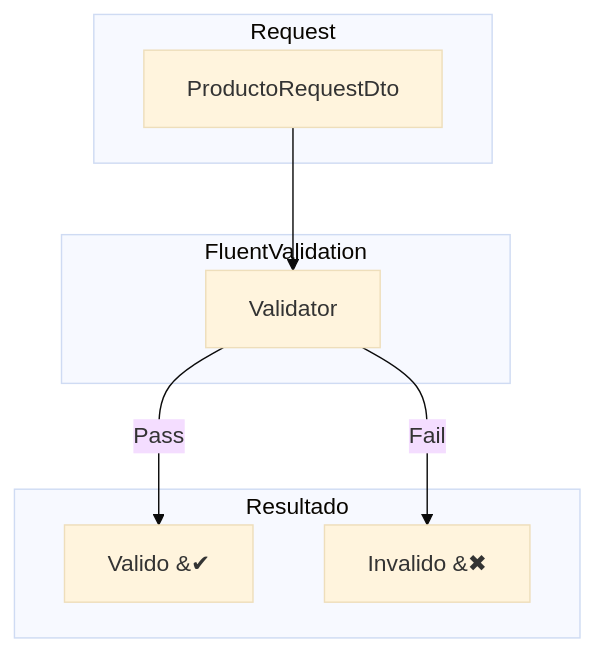
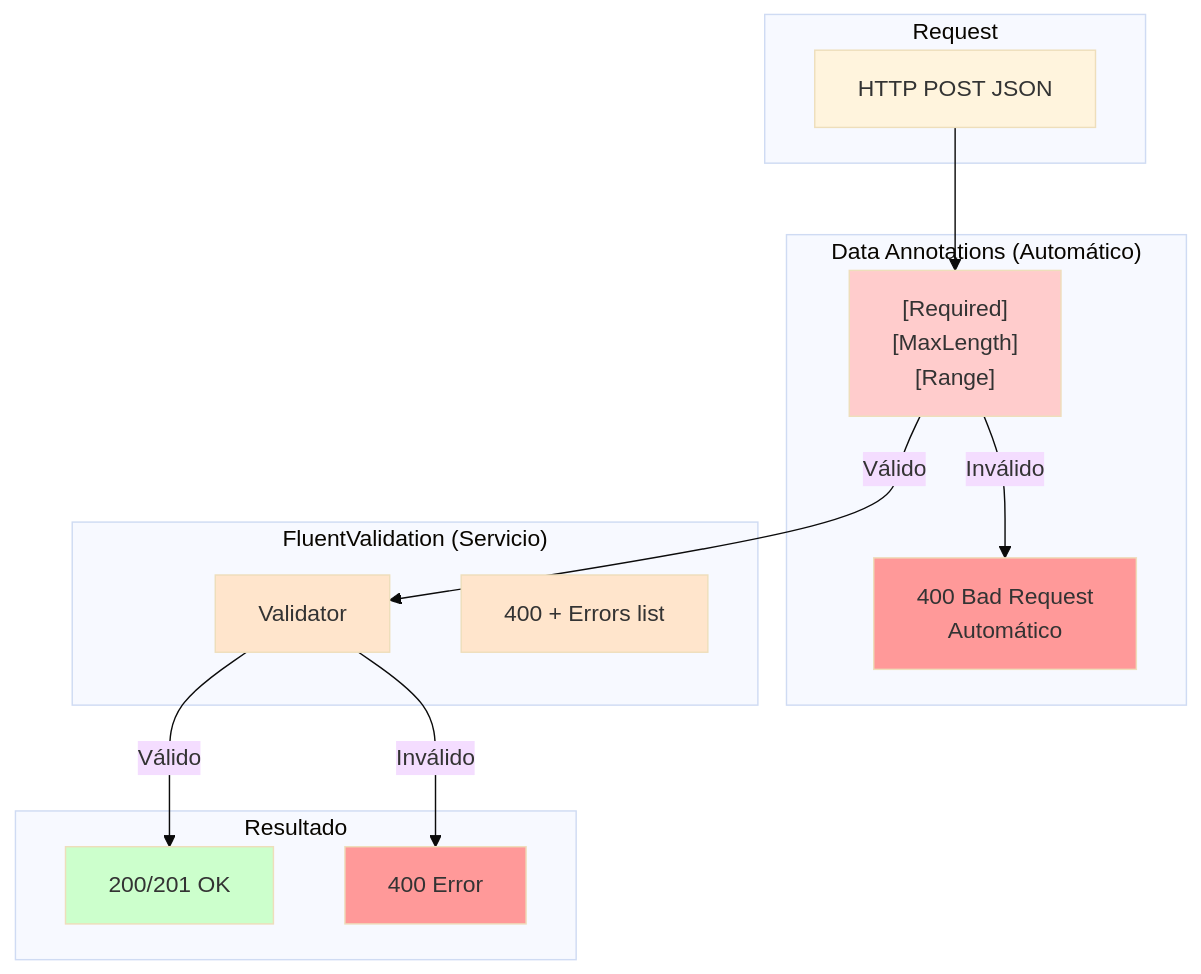
The first of 4 diagrams in doc/08-fluent-validation.md (joseluisgs/TiendaDawApi-NetCore), drawn with Mermaid (base theme) before and after one commit. The commit also changed other lines of this file, not shown here.

Commit message:
añade sección 1.1: validación automática con [FromBody] y Data Annotations, explicación clara del flujo de validación

````diff
--- a/doc/08-fluent-validation.md
+++ b/doc/08-fluent-validation.md
@@ -9,19 +9,34 @@
 ```mermaid
 flowchart TB
     subgraph "Request"
-        REQ[ProductoRequestDto]
+        REQ[HTTP POST JSON]
     end
     
-    subgraph "FluentValidation"
-        VAL[Validator]
+    subgraph "Data Annotations (Automático)"
+        DA["[Required]\n[MaxLength]\n[Range]"]
+        DA_AUTO["400 Bad Request\nAutomático"]
+    end
+    
+    subgraph "FluentValidation (Servicio)"
+        FV["Validator"]
+        FV_RES["400 + Errors list"]
     end
     
     subgraph "Resultado"
-        VALIDO[Valido &#10004;]
-        INVALIDO[Invalido &#10006;]
+        OK[200/201 OK]
+        ERR[400 Error]
     end
     
-    REQ --> VAL
-    VAL -->|Pass| VALIDO
-    VAL -->|Fail| INVALIDO
+    REQ --> DA
+    DA -->|Inválido| DA_AUTO
+    DA -->|Válido| FV
+    FV -->|Inválido| ERR
+    FV -->|Válido| OK
+    
+    style DA fill:#ffcccc
+    style DA_AUTO fill:#ff9999
+    style FV fill:#ffe5cc
+    style FV_RES fill:#ffe5cc
+    style OK fill:#ccffcc
+    style ERR fill:#ff9999
 ```
````
